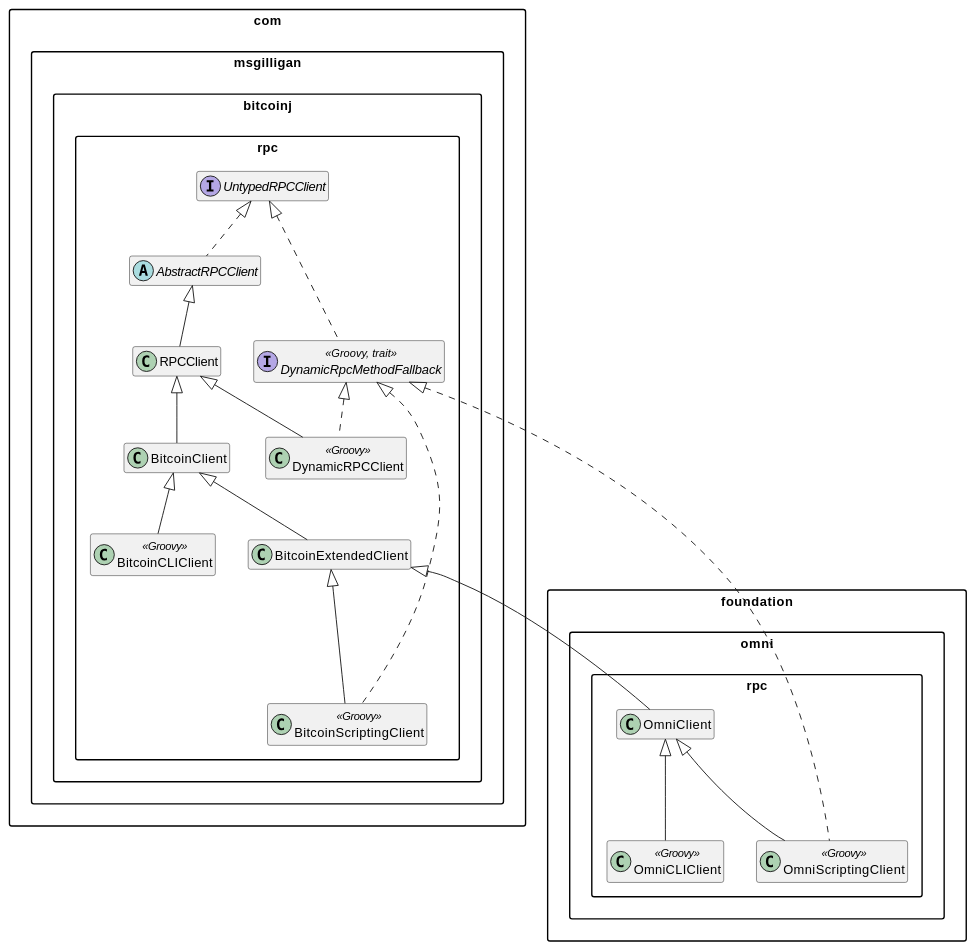
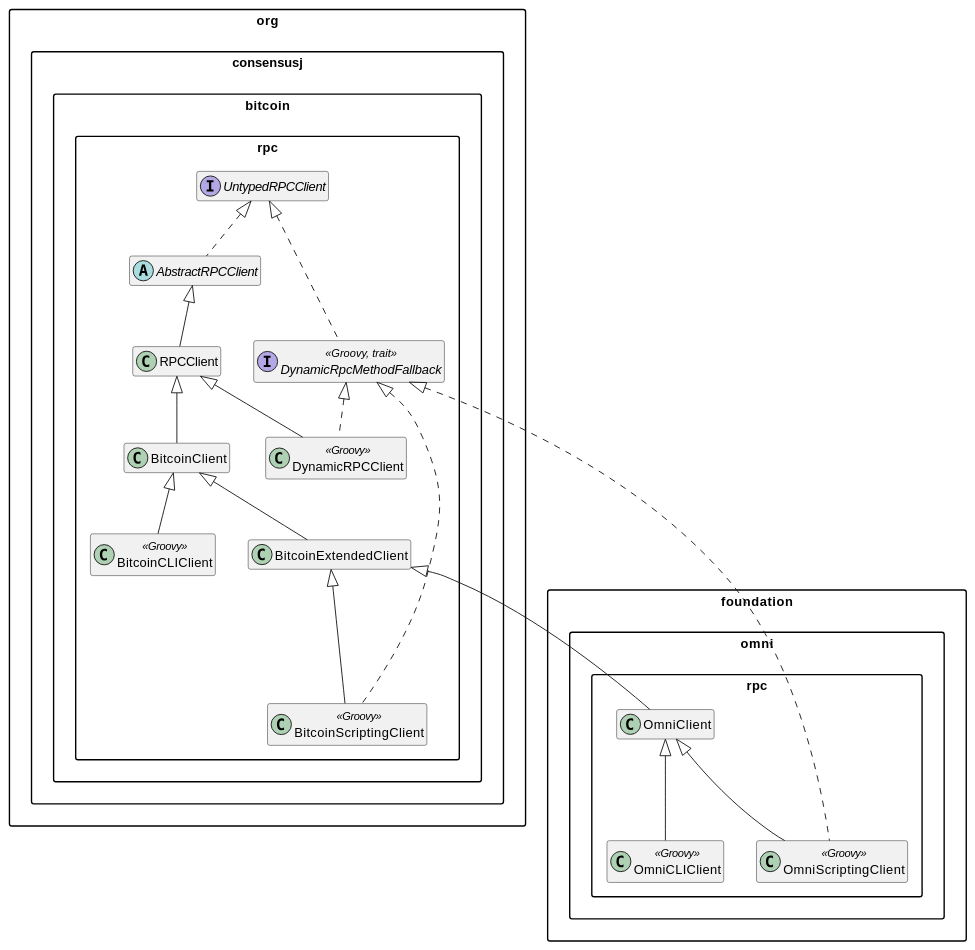
One commit to OmniLayer/OmniJ changed the diagram in doc/omnij-devguide.adoc. Above: the diagram before and after it, drawn with PlantUML. The commit also changed 24 other files, not shown here.

```diff
--- a/doc/omnij-devguide.adoc
+++ b/doc/omnij-devguide.adoc
@@ -18,48 +18,48 @@
 [plantuml, diagram-classes, svg]
 ....
 skinparam packageStyle Rect
 skinparam shadowing false
 hide empty members
 
-namespace com.msgilligan.bitcoinj.rpc {
+namespace org.consensusj.bitcoin.rpc {
     interface UntypedRPCClient
     abstract class AbstractRPCClient
 
     class RPCClient
     class BitcoinClient
     class BitcoinExtendedClient
 
     interface DynamicRpcMethodFallback << Groovy, trait >>
     class DynamicRPCClient << Groovy >>
     class BitcoinScriptingClient << Groovy >>
     class BitcoinCLIClient << Groovy >>
 
     UntypedRPCClient <|.. AbstractRPCClient
     AbstractRPCClient <|-- RPCClient
 
     UntypedRPCClient <|.. DynamicRpcMethodFallback
     RPCClient <|-- DynamicRPCClient
     DynamicRpcMethodFallback <|.. DynamicRPCClient
 
     RPCClient <|-- BitcoinClient
     BitcoinClient <|-- BitcoinExtendedClient
     BitcoinExtendedClient <|-- BitcoinScriptingClient
     DynamicRpcMethodFallback <|.. BitcoinScriptingClient
     BitcoinClient <|-- BitcoinCLIClient
 }
 
 
 namespace foundation.omni.rpc {
     class OmniClient
     class OmniScriptingClient << Groovy >>
     class OmniCLIClient << Groovy >>
 
 
-    com.msgilligan.bitcoinj.rpc.BitcoinExtendedClient <|-- OmniClient
+    org.consensusj.bitcoin.rpc.BitcoinExtendedClient <|-- OmniClient
     OmniClient <|-- OmniScriptingClient
-    com.msgilligan.bitcoinj.rpc.DynamicRpcMethodFallback <|.. OmniScriptingClient
+    org.consensusj.bitcoin.rpc.DynamicRpcMethodFallback <|.. OmniScriptingClient
     OmniClient <|-- OmniCLIClient
 }
 
 
 ....
```
